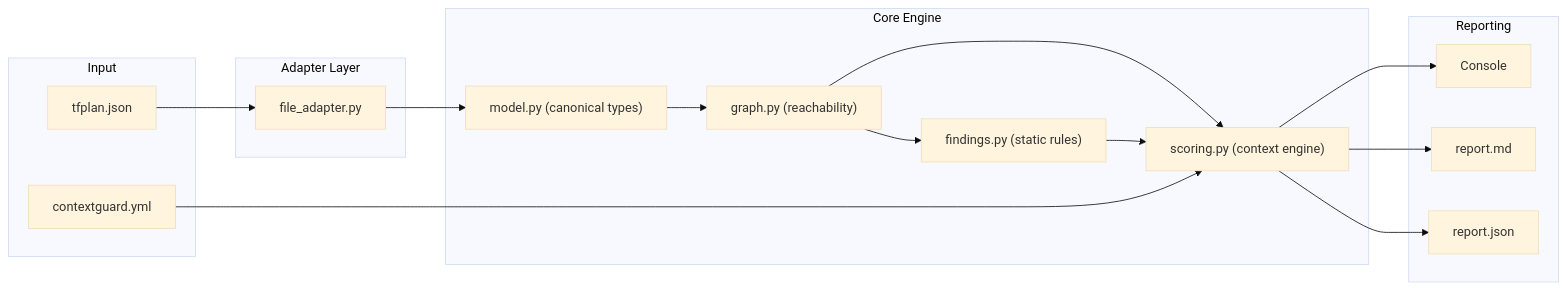
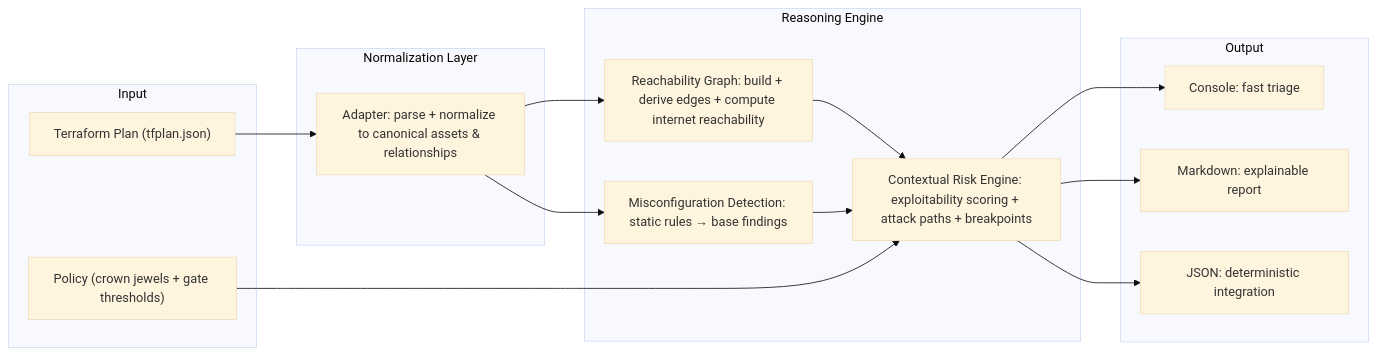
The diagram in README.md (shakedarazi/ContextGuard), drawn with Mermaid (base theme) before and after one commit.

Commit message:
last before shabas

````diff
--- a/README.md
+++ b/README.md
@@ -32,36 +32,33 @@
 ```mermaid
 flowchart LR
-subgraph input [Input]
-    TF["tfplan.json"]
-    CFG["contextguard.yml"]
+  subgraph Input
+    A["Terraform Plan (tfplan.json)"]
+    B["Policy (crown jewels + gate thresholds)"]
   end
 
-  subgraph adapt [Adapter Layer]
-    TA["file_adapter.py"]
+  subgraph Normalize["Normalization Layer"]
+    C["Adapter: parse + normalize to canonical assets & relationships"]
   end
 
-  subgraph core [Core Engine]
-    M["model.py (canonical types)"]
-    G["graph.py (reachability)"]
-    F["findings.py (static rules)"]
-    S["scoring.py (context engine)"]
+  subgraph Reason["Reasoning Engine"]
+    D["Reachability Graph: build + derive edges + compute internet reachability"]
+    E["Misconfiguration Detection: static rules → base findings"]
+    F["Contextual Risk Engine: exploitability scoring + attack paths + breakpoints"]
   end
 
-  subgraph out [Reporting]
-    CON["Console"]
-    MD["report.md"]
-    JS["report.json"]
+  subgraph Output
+    G["Console: fast triage"]
+    H["Markdown: explainable report"]
+    I["JSON: deterministic integration"]
   end
 
-  TF --> TA
-  TA --> M
-  M --> G
-  G --> F
-  G --> S
-  F --> S
-  CFG --> S
-
-  S --> CON
-  S --> MD
-  S --> JS
+  A --> C
+  C --> D
+  C --> E
+  D --> F
+  E --> F
+  B --> F
+  F --> G
+  F --> H
+  F --> I
 ```
````
